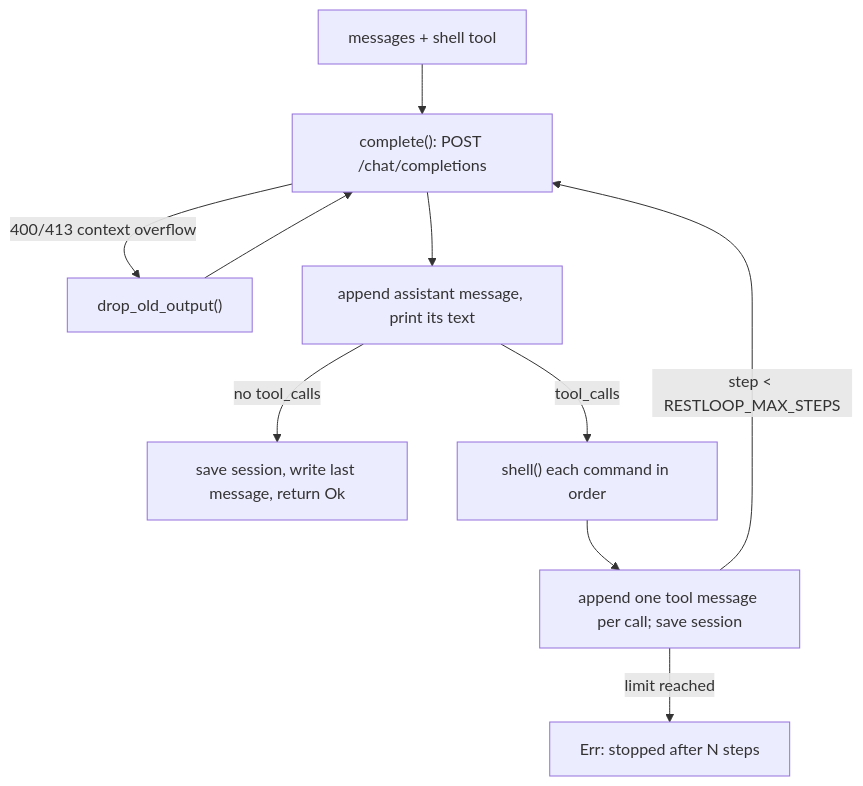
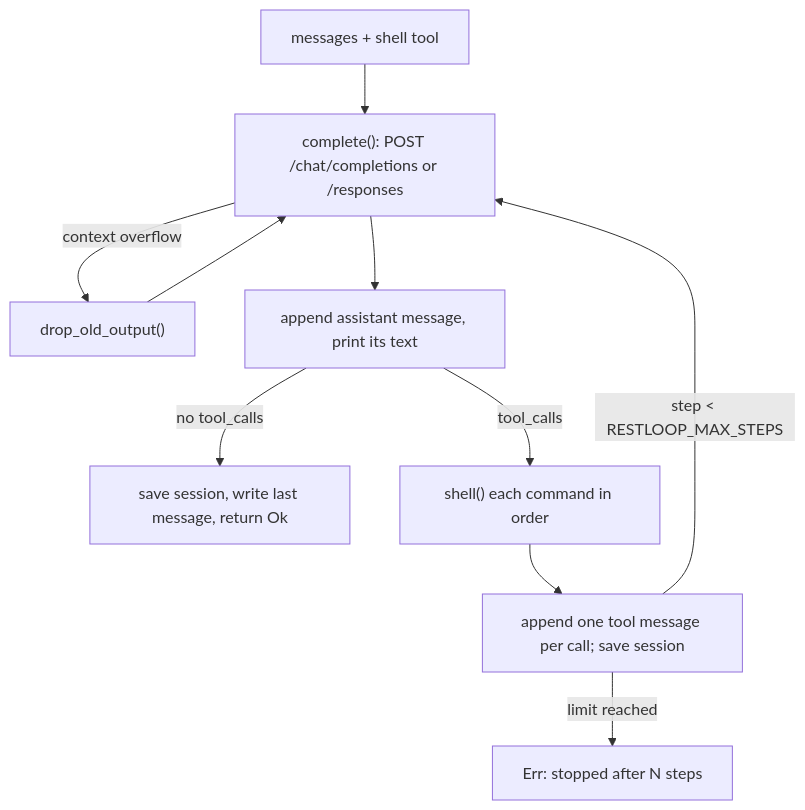
The diagram in docs/03-how-it-works.md (lhwzds/restloop), drawn with Mermaid before and after one commit. The commit also changed other lines of this file and 14 other files, not shown here.

````diff
--- a/docs/03-how-it-works.md
+++ b/docs/03-how-it-works.md
@@ -11,11 +11,11 @@
 ```mermaid
 flowchart TD
-  A[messages + shell tool] --> B["complete(): POST /chat/completions"]
-  B -->|"400/413 context overflow"| C["drop_old_output()"] --> B
+  A[messages + shell tool] --> B["complete(): POST /chat/completions or /responses"]
+  B -->|"context overflow"| C["drop_old_output()"] --> B
   B --> D[append assistant message, print its text]
   D -->|no tool_calls| E[save session, write last message, return Ok]
   D -->|tool_calls| F["shell() each command in order"]
   F --> G[append one tool message per call; save session]
   G -->|step < RESTLOOP_MAX_STEPS| B
   G -->|limit reached| H["Err: stopped after N steps"]
 ```
````
